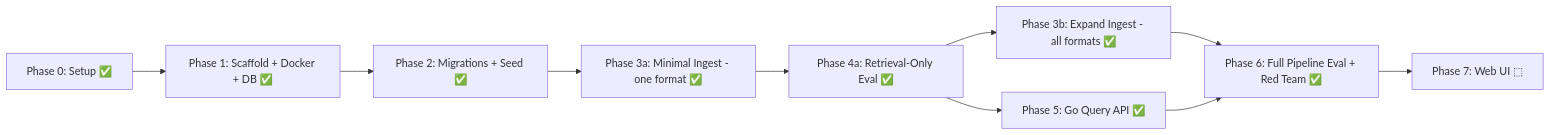
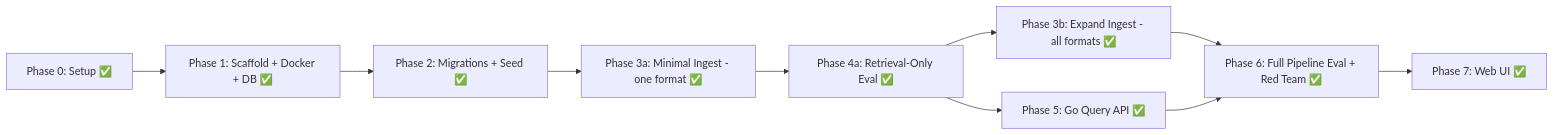
The first of 3 diagrams in plans/implementation-plan.md (jharjadi/pro-rag), drawn with Mermaid before and after one commit. The commit also changed other lines of this file and 51 other files, not shown here.

````diff
--- a/plans/implementation-plan.md
+++ b/plans/implementation-plan.md
@@ -16,12 +16,12 @@
 ```mermaid
 graph LR
     P0[Phase 0: Setup ✅] --> P1[Phase 1: Scaffold + Docker + DB ✅]
     P1 --> P2[Phase 2: Migrations + Seed ✅]
     P2 --> P3a[Phase 3a: Minimal Ingest - one format ✅]
     P3a --> P4a[Phase 4a: Retrieval-Only Eval ✅]
     P4a --> P3b[Phase 3b: Expand Ingest - all formats ✅]
     P4a --> P5[Phase 5: Go Query API ✅]
     P3b --> P6[Phase 6: Full Pipeline Eval + Red Team ✅]
     P5 --> P6
-    P6 --> P7[Phase 7: Web UI ⬚]
+    P6 --> P7[Phase 7: Web UI ✅]
 ```
````
